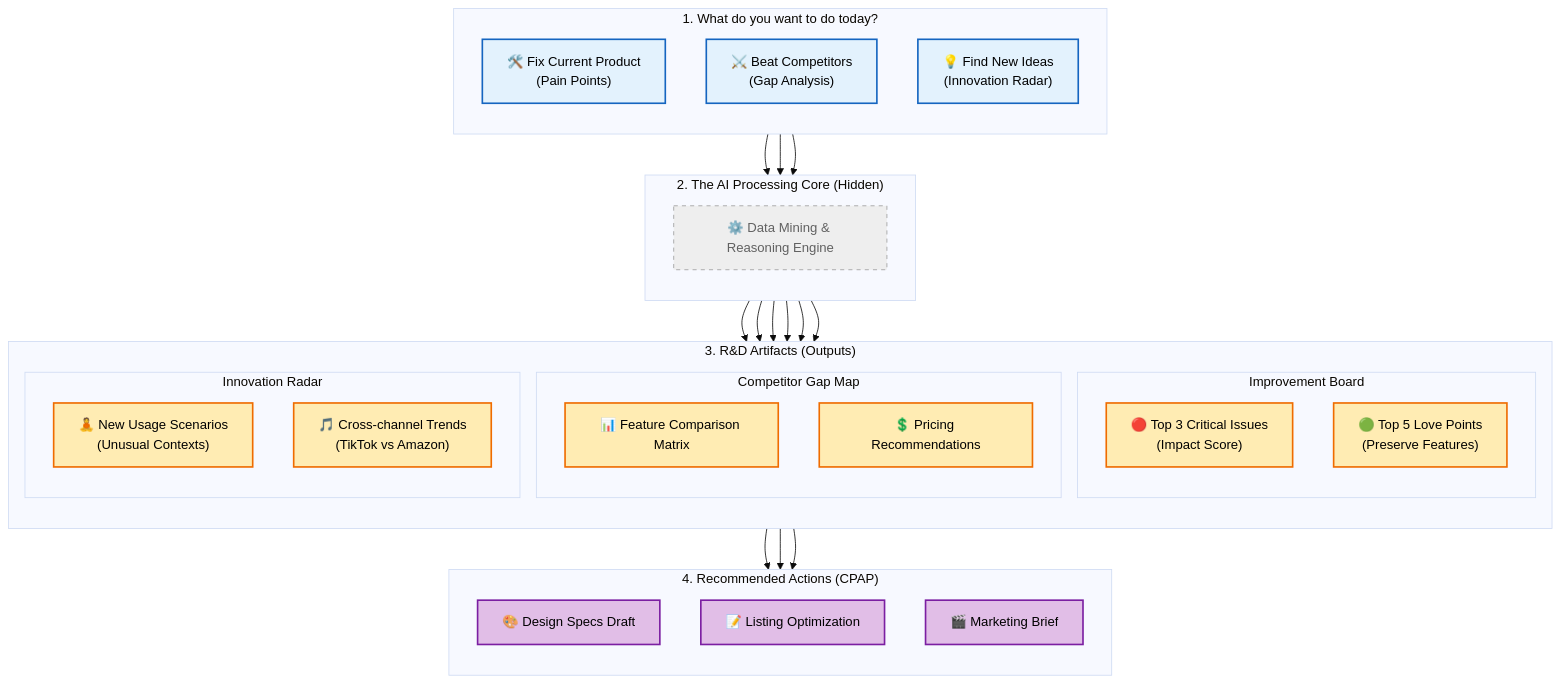
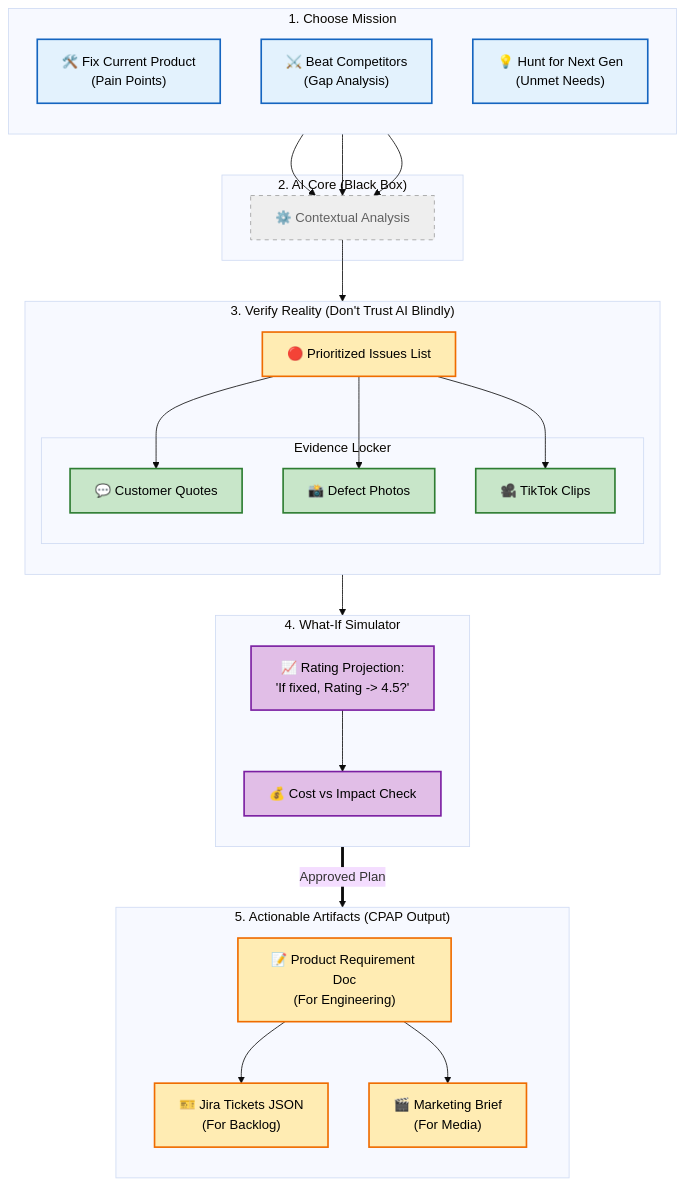
The fifth of 5 diagrams in docs/ECOSYSTEM_NODES_MAP.md (Daniel-LeTC/AI_market_intel_platform), drawn with Mermaid (base theme) before and after one commit. The commit also changed other lines of this file, not shown here.

Commit message:
docs: finalize AI Ecosystem Map with Interactive R&D Console and detailed Architect/Engineer views

````diff
--- a/docs/ECOSYSTEM_NODES_MAP.md
+++ b/docs/ECOSYSTEM_NODES_MAP.md
@@ -262,66 +262,64 @@
 ```mermaid
 graph TD
     %% STYLES
     classDef job fill:#e3f2fd,stroke:#1565c0,stroke-width:2px,color:#000;
     classDef engine fill:#eeeeee,stroke:#9e9e9e,stroke-width:1px,color:#616161,stroke-dasharray: 5 5;
     classDef output fill:#ffecb3,stroke:#ef6c00,stroke-width:2px,color:#000;
     classDef action fill:#e1bee7,stroke:#7b1fa2,stroke-width:2px,color:#000;
+    classDef verify fill:#c8e6c9,stroke:#2e7d32,stroke-width:2px,color:#000;
 
-    %% --- 1. USER INTENT (JOBS) ---
-    subgraph INTENT ["1. What do you want to do today?"]
+    %% --- 1. CHOOSE MISSION ---
+    subgraph INTENT ["1. Choose Mission"]
         direction TB
         Job_Fix["🛠️ Fix Current Product<br/>(Pain Points)"]:::job
         Job_Beat["⚔️ Beat Competitors<br/>(Gap Analysis)"]:::job
-        Job_Innovate["💡 Find New Ideas<br/>(Innovation Radar)"]:::job
+        Job_Innovate["💡 Hunt for Next Gen<br/>(Unmet Needs)"]:::job
     end
 
-    %% --- 2. HIDDEN ENGINE (BLACK BOX) ---
-    subgraph ENGINE ["2. The AI Processing Core (Hidden)"]
-        direction TB
-        Process["⚙️ Data Mining & Reasoning Engine"]:::engine
+    %% --- 2. ENGINE (HIDDEN) ---
+    subgraph ENGINE ["2. AI Core (Black Box)"]
+        Process["⚙️ Contextual Analysis"]:::engine
     end
 
-    %% --- 3. ACTIONABLE OUTPUTS (R&D ARTIFACTS) ---
-    subgraph OUTPUTS ["3. R&D Artifacts (Outputs)"]
+    %% --- 3. VERIFICATION (TRUST LAYER) ---
+    subgraph VERIFY ["3. Verify Reality (Don't Trust AI Blindly)"]
         direction TB
+        Out_Issues["🔴 Prioritized Issues List"]:::output
         
-        subgraph BOARD ["Improvement Board"]
-            Out_Prioritized["🔴 Top 3 Critical Issues<br/>(Impact Score)"]:::output
-            Out_Love["🟢 Top 5 Love Points<br/>(Preserve Features)"]:::output
-        end
-        
-        subgraph GAP ["Competitor Gap Map"]
-            Out_Feature_Gap["📊 Feature Comparison Matrix"]:::output
-            Out_Price_Pos["💲 Pricing Recommendations"]:::output
-        end
-        
-        subgraph RADAR ["Innovation Radar"]
-            Out_Usage["🧘 New Usage Scenarios<br/>(Unusual Contexts)"]:::output
-            Out_Social_Trend["🎵 Cross-channel Trends<br/>(TikTok vs Amazon)"]:::output
+        subgraph EVIDENCE_LOCKER ["Evidence Locker"]
+            Ev_Quotes["💬 Customer Quotes"]:::verify
+            Ev_Photos["📸 Defect Photos"]:::verify
+            Ev_Social["🎥 TikTok Clips"]:::verify
         end
     end
 
-    %% --- 4. NEXT ACTIONS (BRIDGE) ---
-    subgraph ACTIONS ["4. Recommended Actions (CPAP)"]
+    %% --- 4. SIMULATION (DECISION LAYER) ---
+    subgraph SIM ["4. What-If Simulator"]
         direction TB
-        Act_Design["🎨 Design Specs Draft"]:::action
-        Act_Listing["📝 Listing Optimization"]:::action
-        Act_Brief["🎬 Marketing Brief"]:::action
+        Sim_Rating["📈 Rating Projection:<br/>'If fixed, Rating -> 4.5?'"]:::action
+        Sim_ROI["💰 Cost vs Impact Check"]:::action
     end
 
-    %% CONNECTIONS
-    Job_Fix --> Process
-    Job_Beat --> Process
-    Job_Innovate --> Process
+    %% --- 5. EXECUTION (CPAP WORKSPACE) ---
+    subgraph WORKSPACE ["5. Actionable Artifacts (CPAP Output)"]
+        direction TB
+        Art_PRD["📝 Product Requirement Doc<br/>(For Engineering)"]:::output
+        Art_Jira["🎫 Jira Tickets JSON<br/>(For Backlog)"]:::output
+        Art_Brief["🎬 Marketing Brief<br/>(For Media)"]:::output
+    end
 
-    Process --> Out_Prioritized
-    Process --> Out_Love
-    Process --> Out_Feature_Gap
-    Process --> Out_Price_Pos
-    Process --> Out_Usage
-    Process --> Out_Social_Trend
-
-    Out_Prioritized --> Act_Design
-    Out_Feature_Gap --> Act_Listing
-    Out_Usage --> Act_Brief
+    %% FLOW
+    Job_Fix & Job_Beat & Job_Innovate --> Process
+    Process --> Out_Issues
+    
+    %% Trust Loop
+    Out_Issues --> Ev_Quotes & Ev_Photos & Ev_Social
+    Ev_Quotes --> Sim_Rating
+    
+    %% Simulation Loop
+    Sim_Rating --> Sim_ROI
+    
+    %% Action Loop
+    Sim_ROI ==>|Approved Plan| Art_PRD
+    Art_PRD --> Art_Jira & Art_Brief
 ```
````
